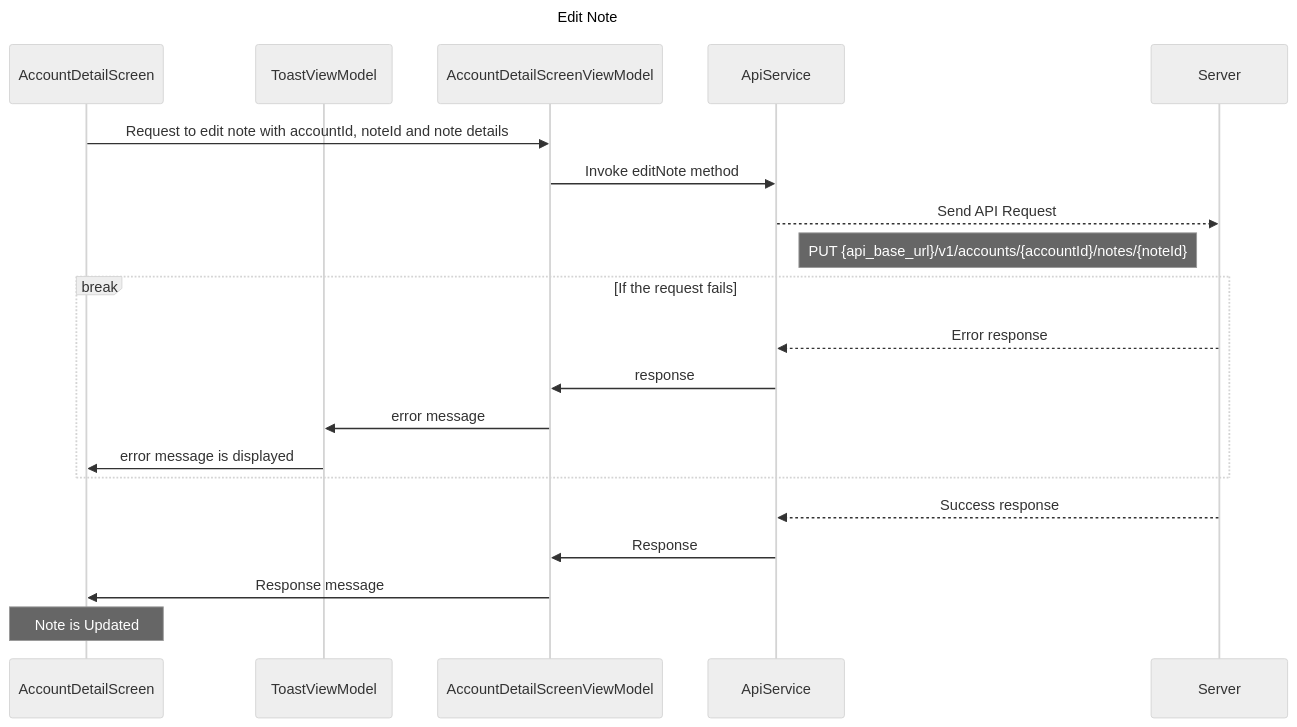
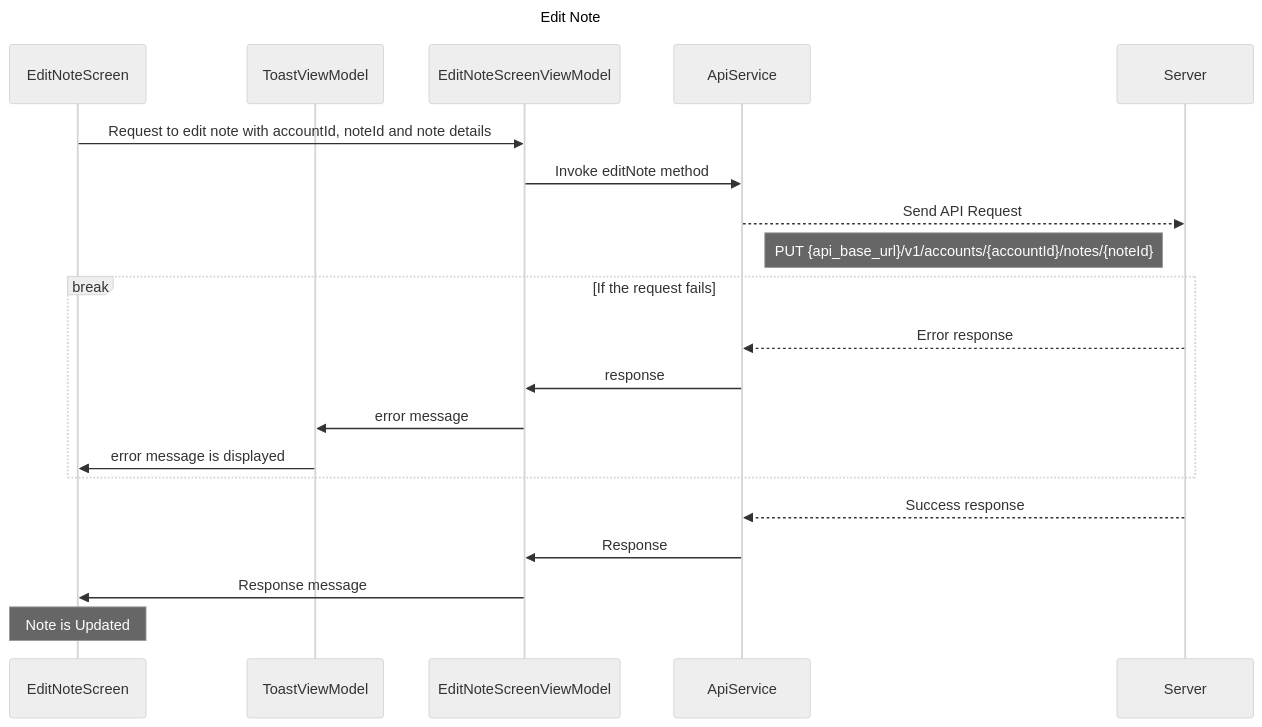
Before and after one commit to TrueSparrowSystems/AI-SalesSparrow-Docs: the diagram in flowDiagrams/IOS/EditNote.mermaid, drawn with Mermaid (neutral theme). The commit also changed 2 other files, not shown here.

Commit message:
updated edit flows for ios

```diff
--- a/flowDiagrams/IOS/EditNote.mermaid
+++ b/flowDiagrams/IOS/EditNote.mermaid
@@ -1,25 +1,25 @@
 sequenceDiagram
     title Edit Note
 
-    participant ADS as AccountDetailScreen
+    participant ENS as EditNoteScreen
     participant TVM as ToastViewModel
-    participant ADSVM as AccountDetailScreenViewModel
+    participant ENVM as EditNoteScreenViewModel
     participant AS as ApiService
     participant S as Server
 
-    ADS->>ADSVM: Request to edit note with accountId, noteId and note details
-    ADSVM->>AS: Invoke editNote method
+    ENS->>ENVM: Request to edit note with accountId, noteId and note details
+    ENVM->>AS: Invoke editNote method
     AS-->>S: Send API Request
     note right of AS: PUT {api_base_url}/v1/accounts/{accountId}/notes/{noteId}
 
     break If the request fails
         S-->>AS: Error response
-        AS->>ADSVM: response
-        ADSVM->>TVM: error message
-        TVM->>ADS: error message is displayed
+        AS->>ENVM: response
+        ENVM->>TVM: error message
+        TVM->>ENS: error message is displayed
     end
 
     S-->>AS: Success response
-    AS->>ADSVM: Response
-    ADSVM->>ADS: Response message
-    note over ADS: Note is Updated
+    AS->>ENVM: Response
+    ENVM->>ENS: Response message
+    note over ENS: Note is Updated
```
